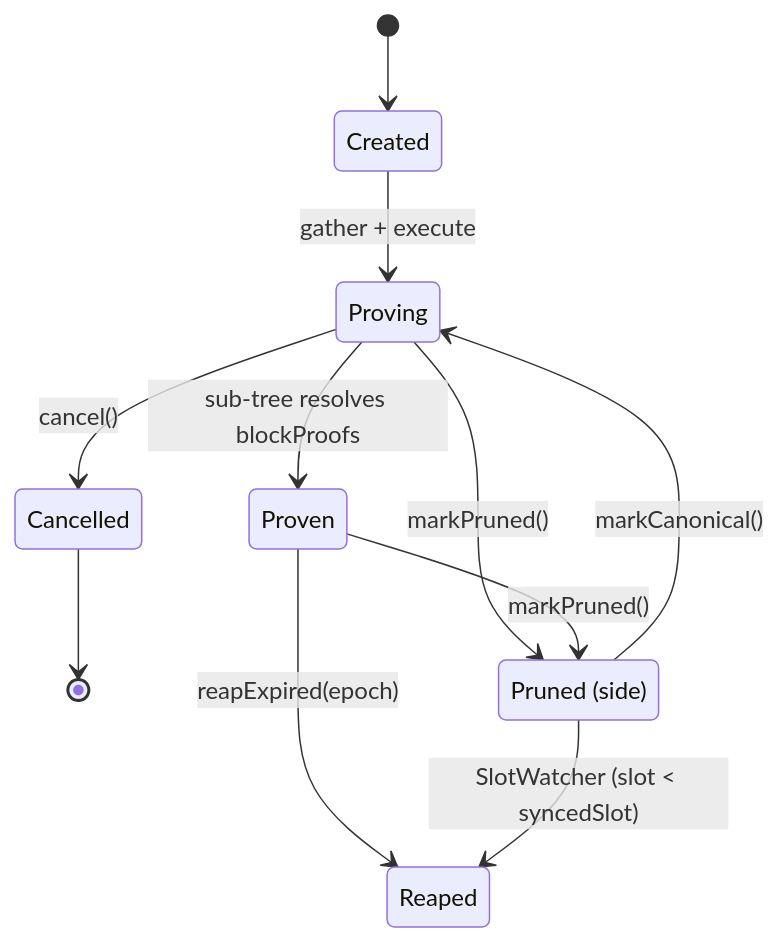
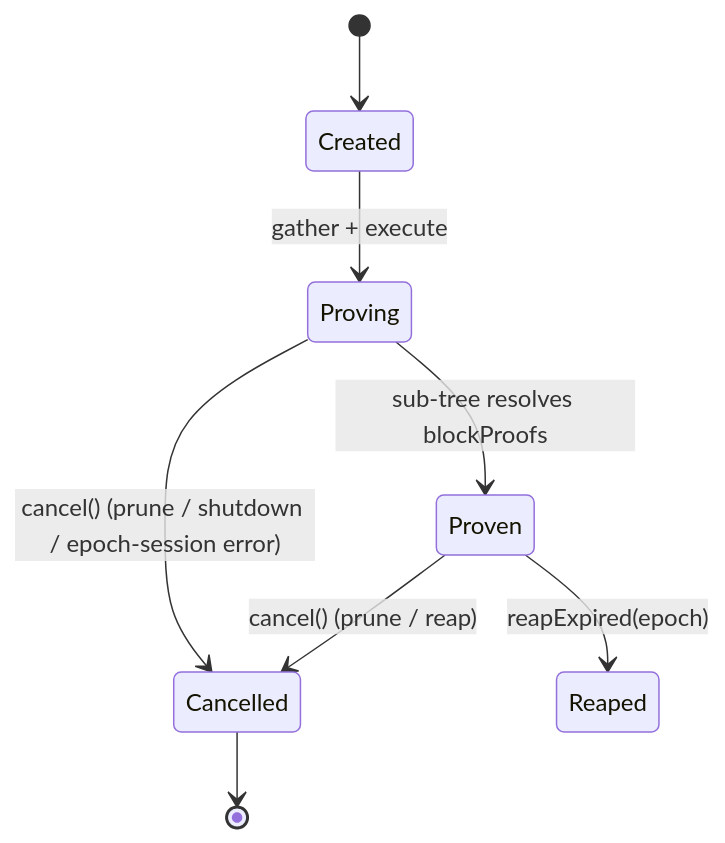
Before and after one commit to aztec-labs-eng/aztec-node: the second of 7 diagrams in yarn-project/prover-node/README.md, drawn with Mermaid. The commit also changed other lines of this file and 11 other files, not shown here.

First line of the commit message:
fix(prover-node): rebuild pruned checkpoint provers and recover the epoch (AztecProtocol/aztec-packages#24436)

````diff
--- a/yarn-project/prover-node/README.md
+++ b/yarn-project/prover-node/README.md
@@ -87,15 +89,10 @@
 ```mermaid
 stateDiagram-v2
   [*] --> Created
   Created --> Proving: gather + execute
   Proving --> Proven: sub-tree resolves blockProofs
-  Proving --> Cancelled: cancel()
+  Proving --> Cancelled: cancel() (prune / shutdown / epoch-session error)
+  Proven --> Cancelled: cancel() (prune / reap)
   Proven --> Reaped: reapExpired(epoch)
   Cancelled --> [*]
-
-  state "Pruned (side)" as Pruned
-  Proving --> Pruned: markPruned()
-  Pruned --> Proving: markCanonical()
-  Proven --> Pruned: markPruned()
-  Pruned --> Reaped: SlotWatcher (slot < syncedSlot)
 ```
````
